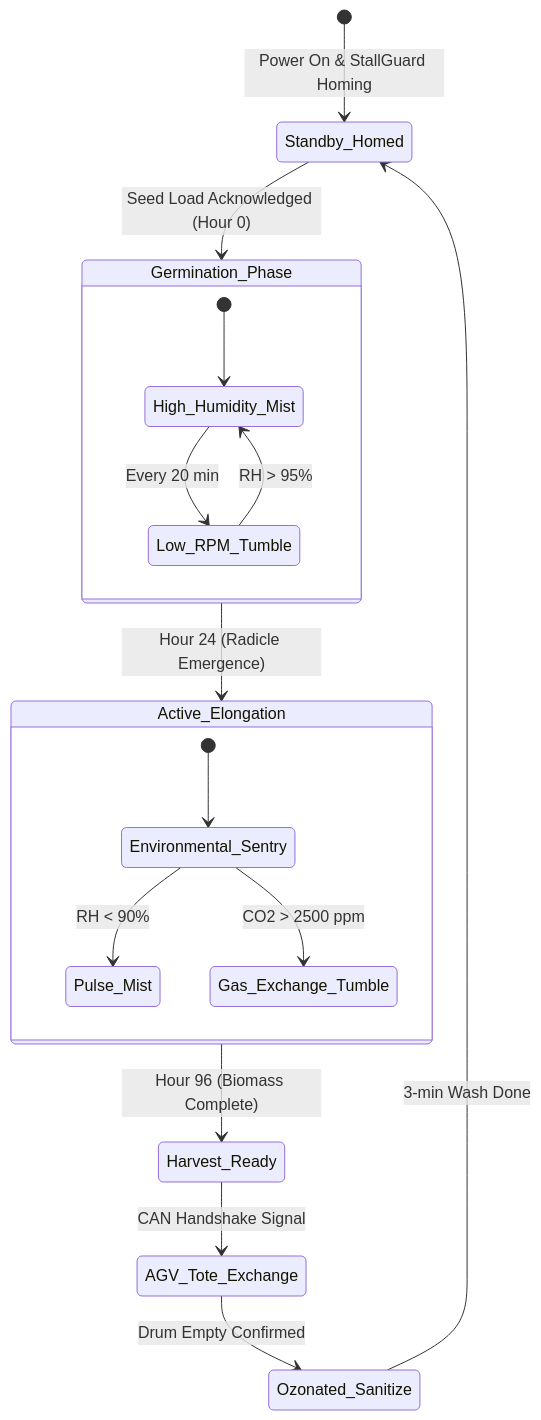
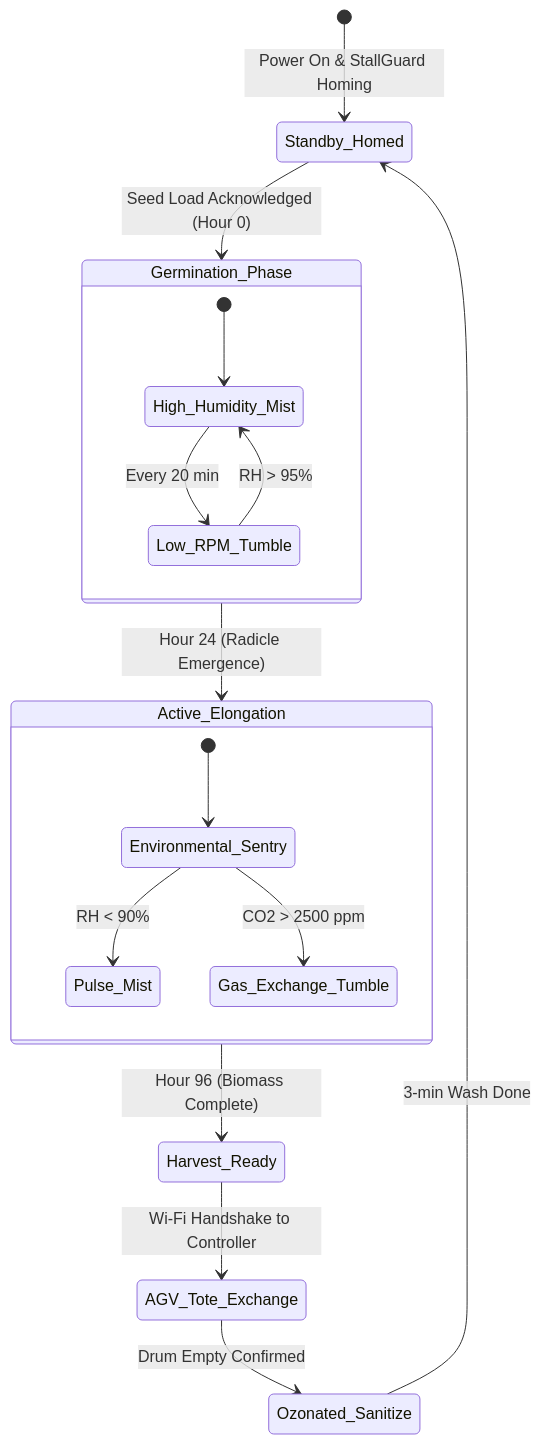
Before and after one commit to SamSoupSauce/open-biosphere: the third of 3 diagrams in src/content/docs/hardware/revolving-sprout-bioreactor.mdx, drawn with Mermaid. The commit also changed other lines of this file and 13 other files, not shown here.

Commit message:
feat(rfc-0004): implement Controller-Node-Tool (CNT) hierarchical edge architecture across machine catalog

````diff
--- a/src/content/docs/hardware/revolving-sprout-bioreactor.mdx
+++ b/src/content/docs/hardware/revolving-sprout-bioreactor.mdx
@@ -315,24 +341,24 @@
 ```mermaid
 stateDiagram-v2
     [*] --> Standby_Homed: Power On & StallGuard Homing
     Standby_Homed --> Germination_Phase: Seed Load Acknowledged (Hour 0)
     
     state Germination_Phase {
         [*] --> High_Humidity_Mist
         High_Humidity_Mist --> Low_RPM_Tumble: Every 20 min
         Low_RPM_Tumble --> High_Humidity_Mist: RH > 95%
     }
 
     Germination_Phase --> Active_Elongation: Hour 24 (Radicle Emergence)
 
     state Active_Elongation {
         [*] --> Environmental_Sentry
         Environmental_Sentry --> Pulse_Mist: RH < 90%
         Environmental_Sentry --> Gas_Exchange_Tumble: CO2 > 2500 ppm
     }
 
     Active_Elongation --> Harvest_Ready: Hour 96 (Biomass Complete)
-    Harvest_Ready --> AGV_Tote_Exchange: CAN Handshake Signal
+    Harvest_Ready --> AGV_Tote_Exchange: Wi-Fi Handshake to Controller
     AGV_Tote_Exchange --> Ozonated_Sanitize: Drum Empty Confirmed
     Ozonated_Sanitize --> Standby_Homed: 3-min Wash Done
 ```
````
